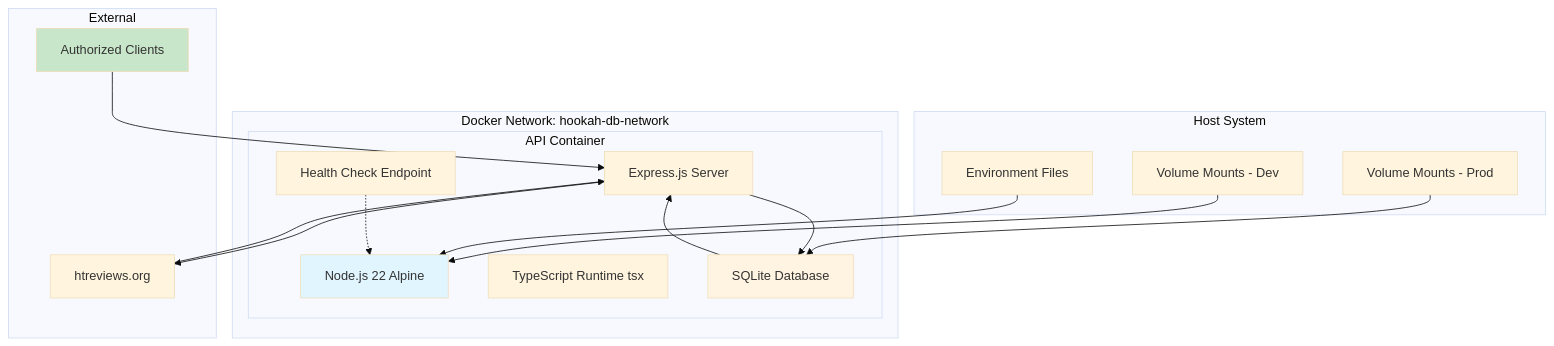
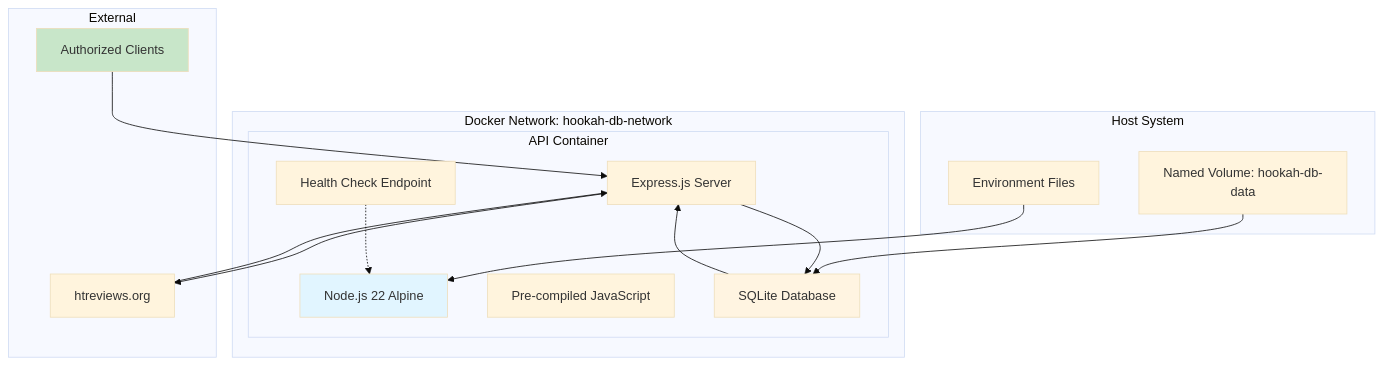
Before and after one commit to Zenderg/hookah-db: the second of 5 diagrams in .kilocode/rules/memory-bank/architecture.md, drawn with Mermaid (base theme). The commit also changed other lines of this file and 26 other files, not shown here.

````diff
--- a/.kilocode/rules/memory-bank/architecture.md
+++ b/.kilocode/rules/memory-bank/architecture.md
@@ -72,37 +72,35 @@
 ```mermaid
 graph TB
     subgraph "Docker Network: hookah-db-network"
         subgraph "API Container"
             A1[Node.js 22 Alpine]
             A2[Express.js Server]
-            A3[TypeScript Runtime tsx]
+            A3[Pre-compiled JavaScript]
             A4[Health Check Endpoint]
             A5[SQLite Database]
         end
     end
     
     subgraph "Host System"
-        V1[Volume Mounts - Dev]
-        V2[Volume Mounts - Prod]
+        V1[Named Volume: hookah-db-data]
         E1[Environment Files]
     end
     
     subgraph "External"
         E2[htreviews.org]
         C[Authorized Clients]
     end
     
-    V1 --> A1
-    V2 --> A5
+    V1 --> A5
     E1 --> A1
     A2 --> A5
     A5 --> A2
     A2 --> E2
     E2 --> A2
     C --> A2
     A4 -.-> A1
     
     style A1 fill:#e1f5ff
     style A5 fill:#fff4e1
     style C fill:#c8e6c9
 ```
````
